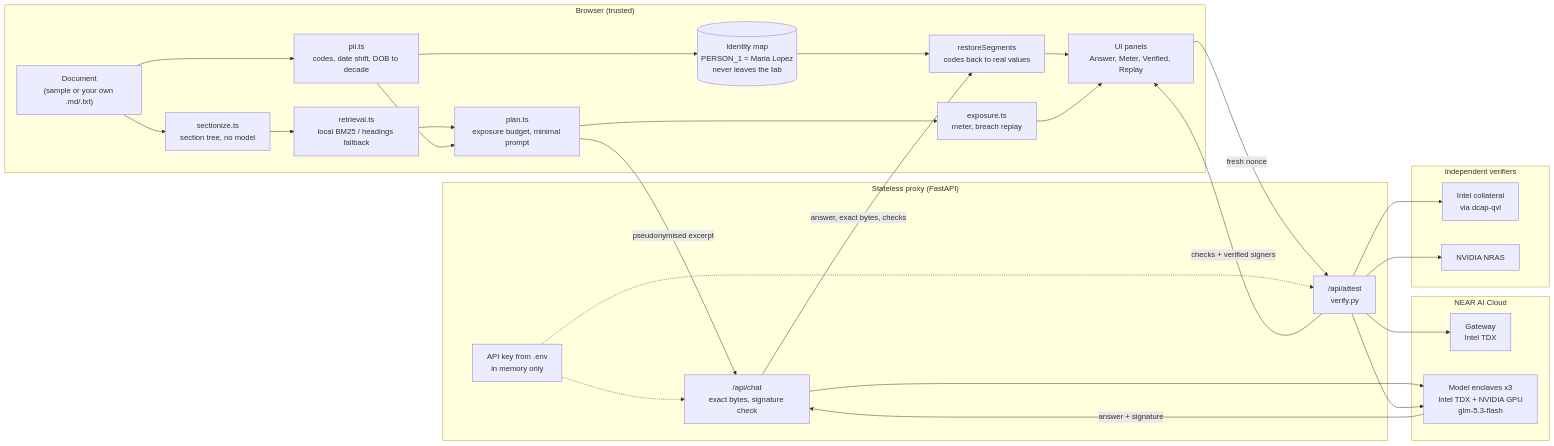
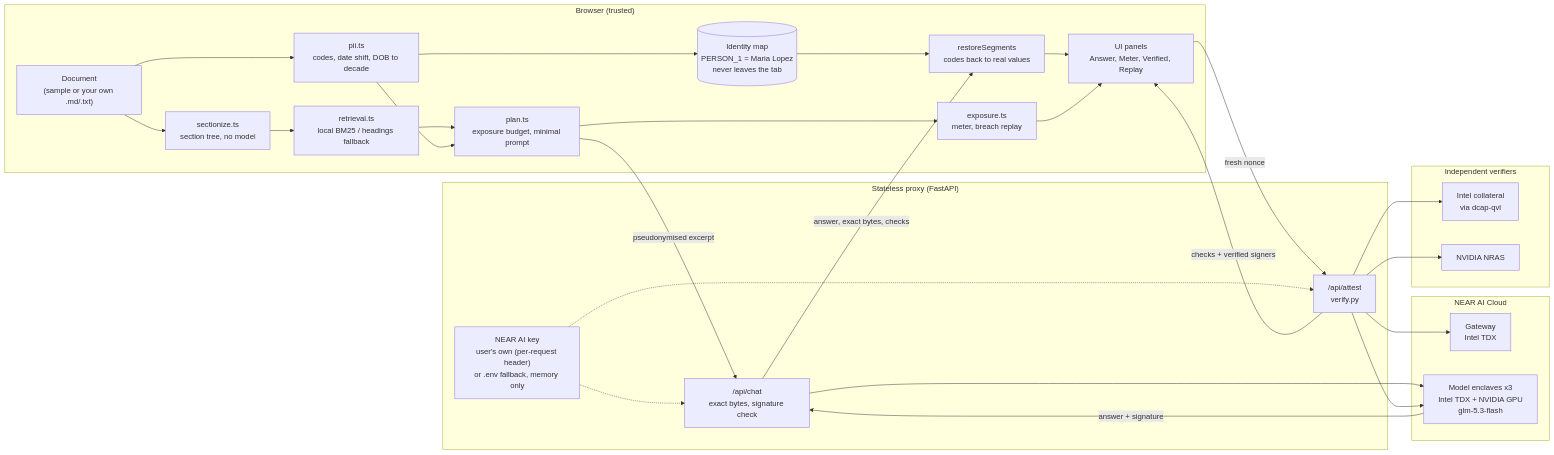
The first of 2 diagrams in README.md (vg239/need-to-know), drawn with Mermaid before and after one commit. The commit also changed other lines of this file and 1 other file, not shown here.

Commit message:
docs: navy Excalidraw diagram; README for own key, theme and tests

````diff
--- a/README.md
+++ b/README.md
@@ -71,49 +71,49 @@
 ```mermaid
 flowchart LR
     subgraph B["Browser (trusted)"]
         DOC["Document<br/>(sample or your own .md/.txt)"]
         SEC["sectionize.ts<br/>section tree, no model"]
         PII["pii.ts<br/>codes, date shift, DOB to decade"]
         MAP[("Identity map<br/>PERSON_1 = Maria Lopez<br/>never leaves the tab")]
         RET["retrieval.ts<br/>local BM25 / headings fallback"]
         PLAN["plan.ts<br/>exposure budget, minimal prompt"]
         EXP["exposure.ts<br/>meter, breach replay"]
         RES["restoreSegments<br/>codes back to real values"]
         UI["UI panels<br/>Answer, Meter, Verified, Replay"]
     end
 
     subgraph P["Stateless proxy (FastAPI)"]
         ATT["/api/attest<br/>verify.py"]
         CHAT["/api/chat<br/>exact bytes, signature check"]
-        KEY["API key from .env<br/>in memory only"]
+        KEY["NEAR AI key<br/>user's own (per-request header)<br/>or .env fallback, memory only"]
     end
 
     subgraph N["NEAR AI Cloud"]
         GW["Gateway<br/>Intel TDX"]
         ME["Model enclaves x3<br/>Intel TDX + NVIDIA GPU<br/>glm-5.3-flash"]
     end
 
     subgraph V["Independent verifiers"]
         INTEL["Intel collateral<br/>via dcap-qvl"]
         NRAS["NVIDIA NRAS"]
     end
 
     DOC --> SEC --> RET --> PLAN
     DOC --> PII
     PII --> MAP
     PII --> PLAN
     PLAN -->|"pseudonymised excerpt"| CHAT
     CHAT --> ME
     ME -->|"answer + signature"| CHAT
     CHAT -->|"answer, exact bytes, checks"| RES
     MAP --> RES --> UI
     PLAN --> EXP --> UI
     UI -->|"fresh nonce"| ATT
     ATT --> GW
     ATT --> ME
     ATT --> INTEL
     ATT --> NRAS
     ATT -->|"checks + verified signers"| UI
     KEY -.-> ATT
     KEY -.-> CHAT
 ```
````
